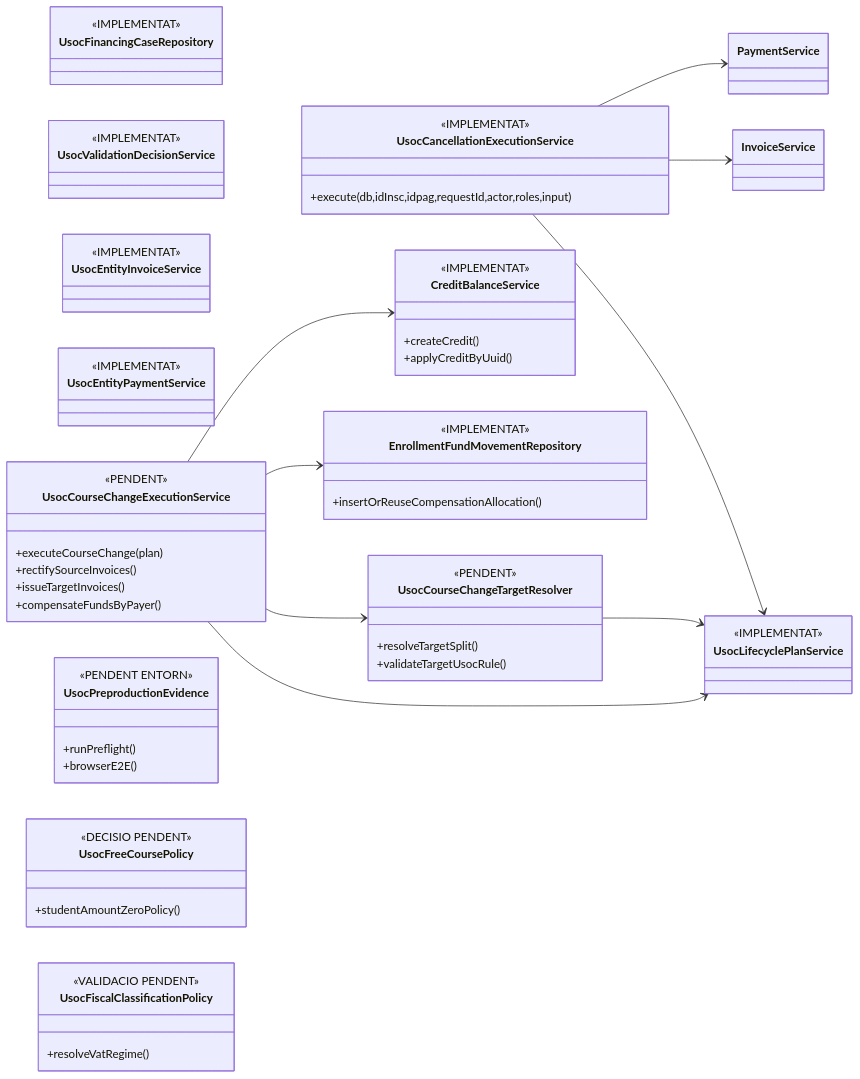
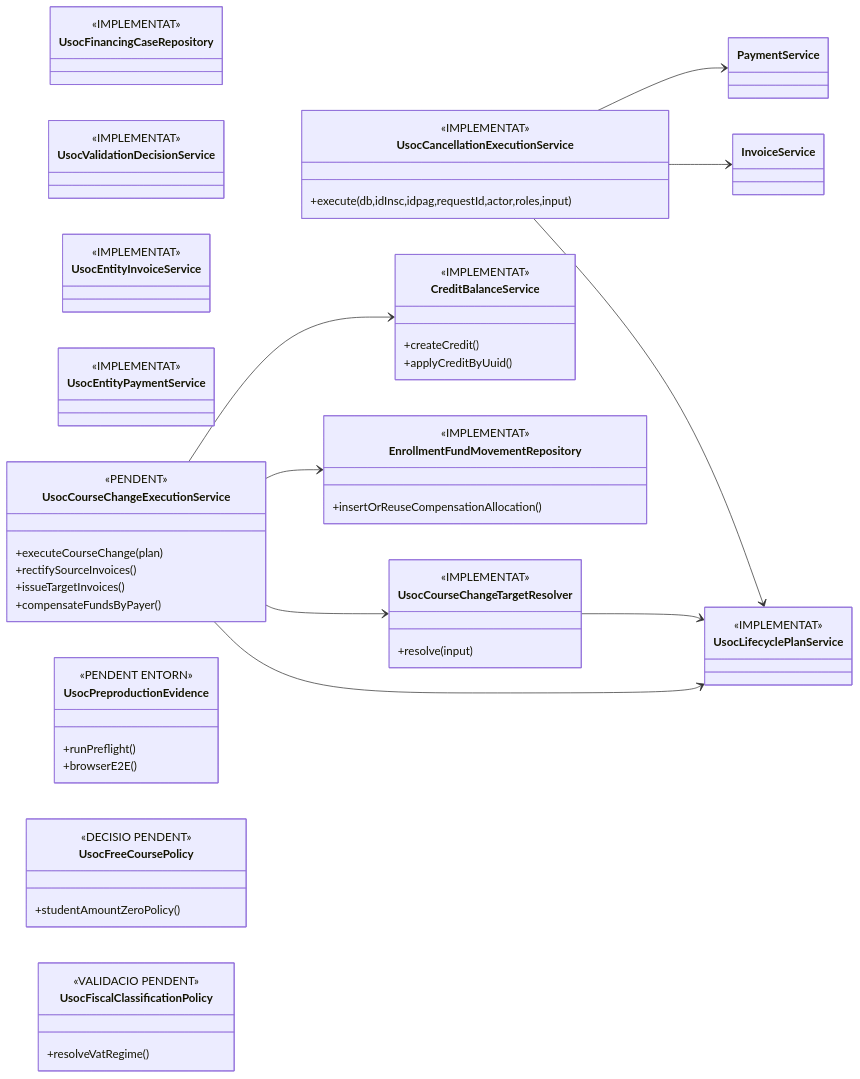
Before and after one commit to orgmeriemprismacat-del/verifactu: the fourth of 4 diagrams in documentacio/07-uml-integrat/uc-013-classes-actual-final.md, drawn with Mermaid. The commit also changed other lines of this file, not shown here.

Commit message:
docs(UC-013): marcar resolver canvi curs implementat

````diff
--- a/documentacio/07-uml-integrat/uc-013-classes-actual-final.md
+++ b/documentacio/07-uml-integrat/uc-013-classes-actual-final.md
@@ -193,65 +193,64 @@
 ```mermaid
 classDiagram
 direction LR
 class UsocFinancingCaseRepository {
   <<IMPLEMENTAT>>
 }
 class UsocValidationDecisionService {
   <<IMPLEMENTAT>>
 }
 class UsocEntityInvoiceService {
   <<IMPLEMENTAT>>
 }
 class UsocEntityPaymentService {
   <<IMPLEMENTAT>>
 }
 class UsocLifecyclePlanService {
   <<IMPLEMENTAT>>
 }
 class UsocCancellationExecutionService {
   <<IMPLEMENTAT>>
   +execute(db,idInsc,idpag,requestId,actor,roles,input)
 }
 class UsocCourseChangeTargetResolver {
-  <<PENDENT>>
-  +resolveTargetSplit()
-  +validateTargetUsocRule()
+  <<IMPLEMENTAT>>
+  +resolve(input)
 }
 class UsocCourseChangeExecutionService {
   <<PENDENT>>
   +executeCourseChange(plan)
   +rectifySourceInvoices()
   +issueTargetInvoices()
   +compensateFundsByPayer()
 }
 class EnrollmentFundMovementRepository {
   <<IMPLEMENTAT>>
   +insertOrReuseCompensationAllocation()
 }
 class CreditBalanceService {
   <<IMPLEMENTAT>>
   +createCredit()
   +applyCreditByUuid()
 }
 class UsocPreproductionEvidence {
   <<PENDENT ENTORN>>
   +runPreflight()
   +browserE2E()
 }
 class UsocFreeCoursePolicy {
   <<DECISIO PENDENT>>
   +studentAmountZeroPolicy()
 }
 class UsocFiscalClassificationPolicy {
   <<VALIDACIO PENDENT>>
   +resolveVatRegime()
 }
 UsocCancellationExecutionService --> UsocLifecyclePlanService
 UsocCancellationExecutionService --> InvoiceService
 UsocCancellationExecutionService --> PaymentService
 UsocCourseChangeTargetResolver --> UsocLifecyclePlanService
 UsocCourseChangeExecutionService --> UsocLifecyclePlanService
 UsocCourseChangeExecutionService --> UsocCourseChangeTargetResolver
 UsocCourseChangeExecutionService --> EnrollmentFundMovementRepository
 UsocCourseChangeExecutionService --> CreditBalanceService
 ```
````
